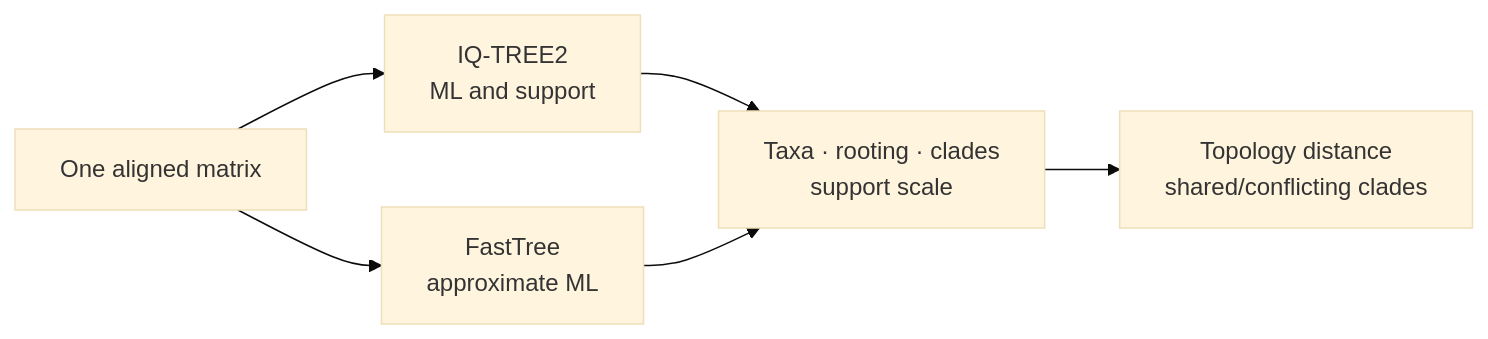
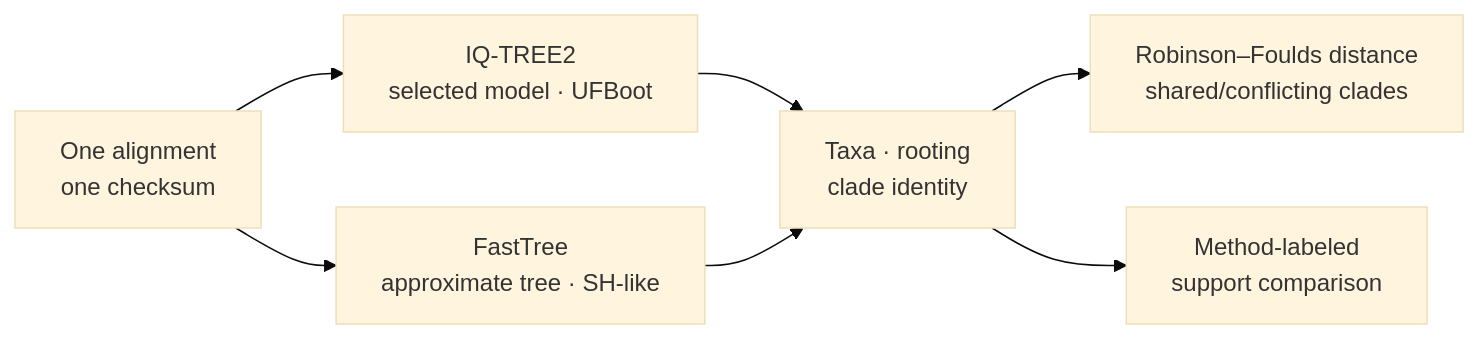
The diagram in docs/04-bijux-phylogenetics-parities/external-engines/tree-inference.md (bijux/bijux-phylogenetics), drawn with Mermaid (base theme) before and after one commit. The commit also changed other lines of this file and 4 other files, not shown here.

````diff
--- a/docs/04-bijux-phylogenetics-parities/external-engines/tree-inference.md
+++ b/docs/04-bijux-phylogenetics-parities/external-engines/tree-inference.md
@@ -47,12 +54,14 @@
 ```mermaid
 flowchart LR
-    matrix["One aligned matrix"]
-    iqtree["IQ-TREE2<br/>ML and support"]
-    fasttree["FastTree<br/>approximate ML"]
-    normalize["Taxa · rooting · clades<br/>support scale"]
-    compare["Topology distance<br/>shared/conflicting clades"]
+    matrix["One alignment<br/>one checksum"]
+    iq["IQ-TREE2<br/>selected model · UFBoot"]
+    fast["FastTree<br/>approximate tree · SH-like"]
+    reconcile["Taxa · rooting<br/>clade identity"]
+    topology["Robinson–Foulds distance<br/>shared/conflicting clades"]
+    support["Method-labeled<br/>support comparison"]
 
-    matrix --> iqtree --> normalize
-    matrix --> fasttree --> normalize
-    normalize --> compare
+    matrix --> iq --> reconcile
+    matrix --> fast --> reconcile
+    reconcile --> topology
+    reconcile --> support
 ```
````
